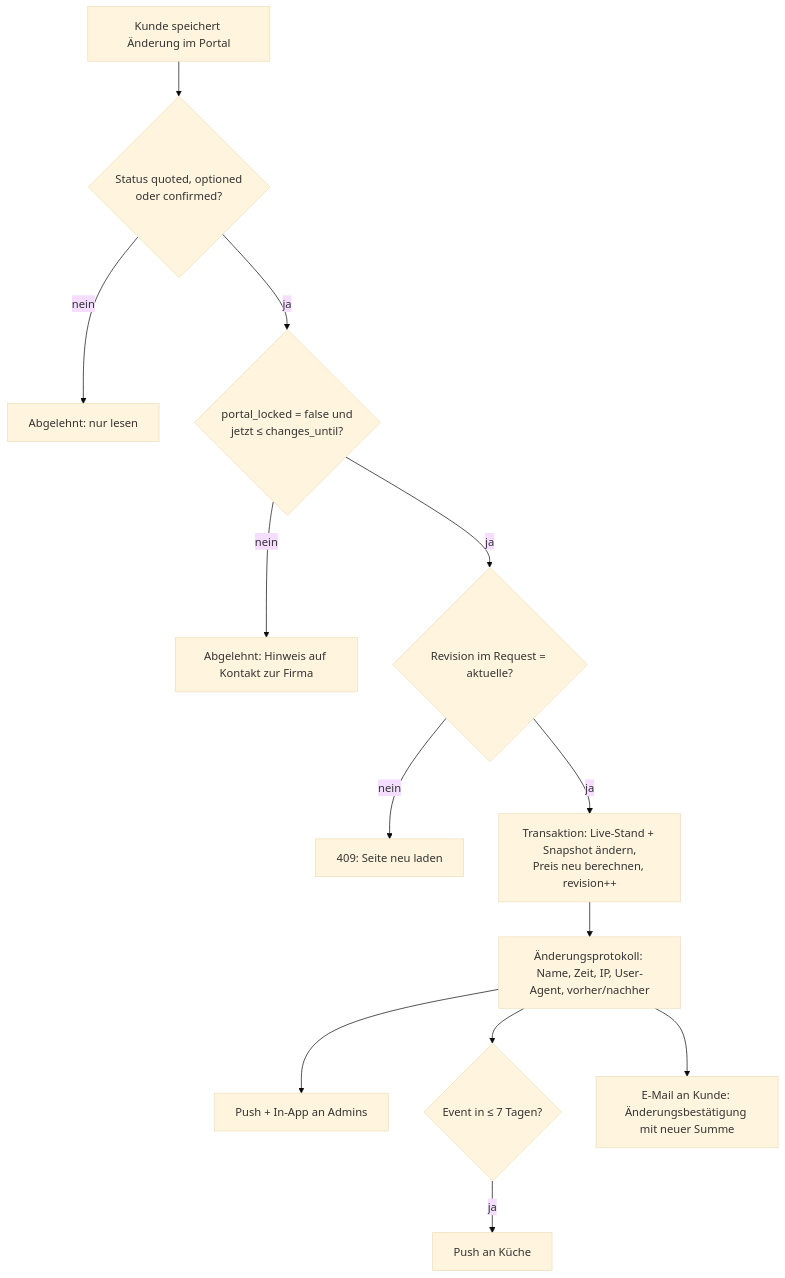
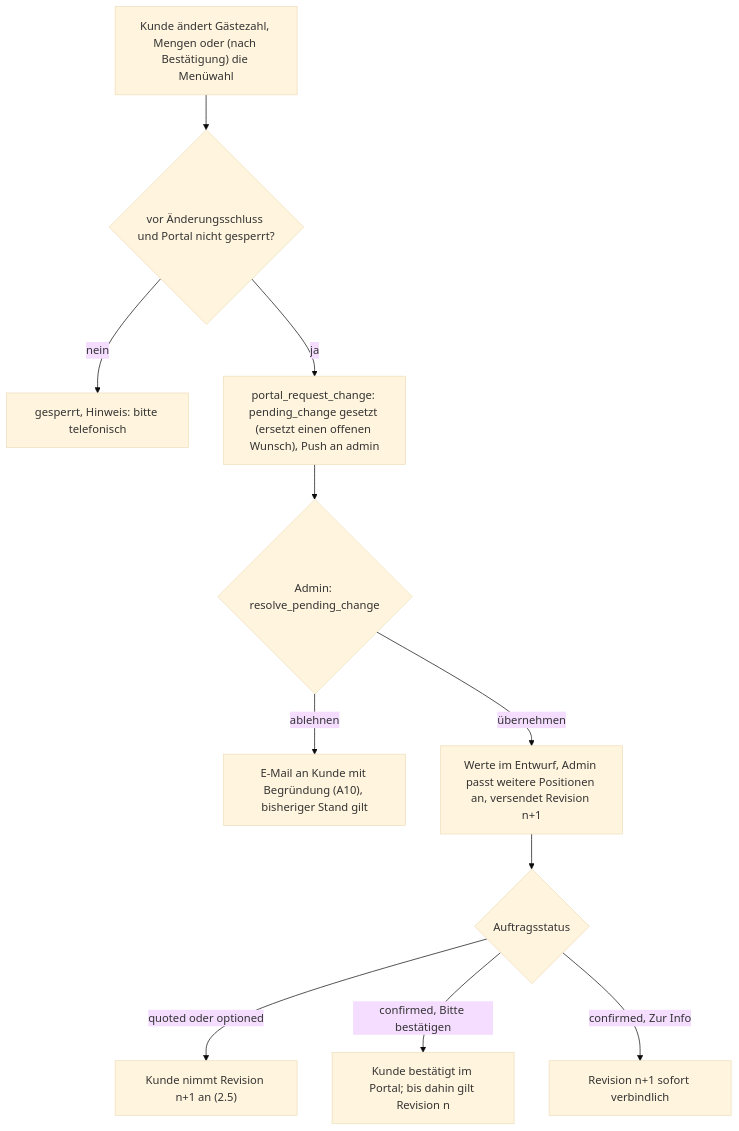
One commit to Maddin1337/catering-app changed the third of 8 diagrams in docs/02-ablaeufe.md. Above: the diagram before and after it, drawn with Mermaid (base theme). The commit also changed other lines of this file and 5 other files, not shown here.

````diff
--- a/docs/02-ablaeufe.md
+++ b/docs/02-ablaeufe.md
@@ -367,15 +414,13 @@
 ```mermaid
 flowchart TD
-    A[Kunde speichert Änderung im Portal] --> B{Status quoted, optioned<br/>oder confirmed?}
-    B -- nein --> X[Abgelehnt: nur lesen]
-    B -- ja --> C{portal_locked = false und<br/>jetzt ≤ changes_until?}
-    C -- nein --> Y[Abgelehnt: Hinweis auf Kontakt zur Firma]
-    C -- ja --> D{Revision im Request = aktuelle?}
-    D -- nein --> Z[409: Seite neu laden]
-    D -- ja --> E[Transaktion: Live-Stand + Snapshot ändern,<br/>Preis neu berechnen, revision++]
-    E --> F[Änderungsprotokoll: Name, Zeit, IP, User-Agent, vorher/nachher]
-    F --> G[Push + In-App an Admins]
-    F --> H{Event in ≤ 7 Tagen?}
-    H -- ja --> I[Push an Küche]
-    F --> J[E-Mail an Kunde: Änderungsbestätigung mit neuer Summe]
+    K["Kunde ändert Gästezahl, Mengen oder (nach Bestätigung) die Menüwahl"] --> F{"vor Änderungsschluss und Portal nicht gesperrt?"}
+    F -- nein --> T["gesperrt, Hinweis: bitte telefonisch"]
+    F -- ja --> W["portal_request_change: pending_change gesetzt (ersetzt einen offenen Wunsch), Push an admin"]
+    W --> A{"Admin: resolve_pending_change"}
+    A -- ablehnen --> X["E-Mail an Kunde mit Begründung (A10), bisheriger Stand gilt"]
+    A -- übernehmen --> R["Werte im Entwurf, Admin passt weitere Positionen an, versendet Revision n+1"]
+    R --> S{"Auftragsstatus"}
+    S -- "quoted oder optioned" --> N["Kunde nimmt Revision n+1 an (2.5)"]
+    S -- "confirmed, Bitte bestätigen" --> B["Kunde bestätigt im Portal; bis dahin gilt Revision n"]
+    S -- "confirmed, Zur Info" --> I["Revision n+1 sofort verbindlich"]
 ```
````
